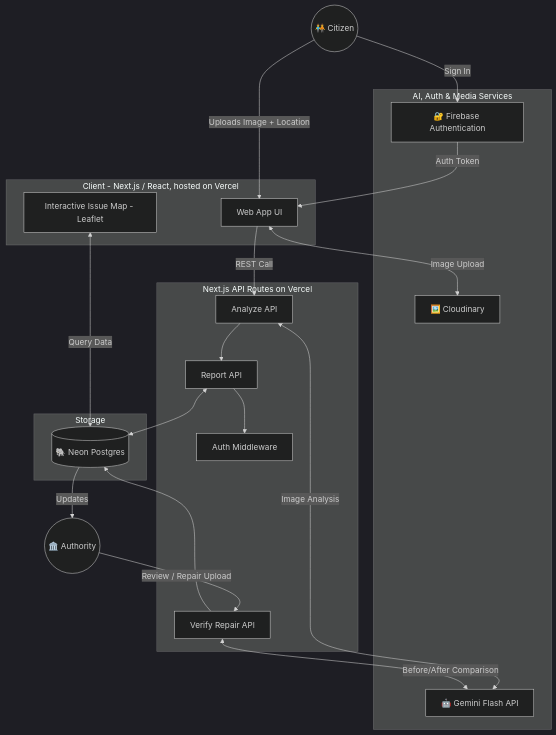
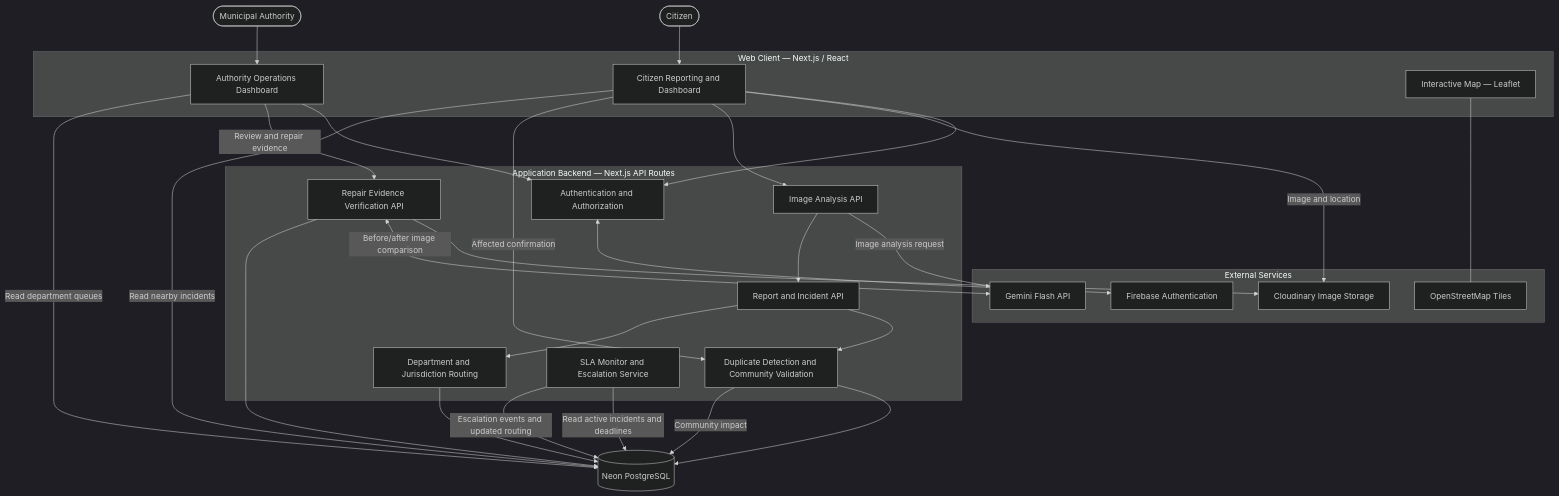
The first of 2 diagrams in README.md (Forge-Buildthon/community-hero), drawn with Mermaid (dark theme) before and after one commit. The commit also changed other lines of this file, not shown here.

````diff
--- a/README.md
+++ b/README.md
@@ -144,49 +108,60 @@
 ```mermaid
-graph TD
-    %% Entities
-    Citizen((🧑‍🤝‍🧑 Citizen))
-    Authority((🏛️ Authority))
+flowchart TB
+    Citizen([Citizen])
+    Authority([Municipal Authority])
 
-    %% Frontend
-    subgraph Frontend [Client - Next.js / React, hosted on Vercel]
-        WebUI[Web App UI]
-        Map[Interactive Issue Map - Leaflet]
+    subgraph Client["Web Client — Next.js / React"]
+        CitizenUI[Citizen Reporting and Dashboard]
+        AuthorityUI[Authority Operations Dashboard]
+        Map[Interactive Map — Leaflet]
     end
 
-    %% Backend
-    subgraph Backend [Next.js API Routes on Vercel]
-        AuthAPI[Auth Middleware]
-        ReportAPI[Report API]
-        AnalyzeAPI[Analyze API]
-        VerifyAPI[Verify Repair API]
+    subgraph API["Application Backend — Next.js API Routes"]
+        Auth[Authentication and Authorization]
+        Analyze[Image Analysis API]
+        Report[Report and Incident API]
+        Duplicate[Duplicate Detection and Community Validation]
+        Routing[Department and Jurisdiction Routing]
+        SLA[SLA Monitor and Escalation Service]
+        Verify[Repair Evidence Verification API]
     end
 
-    %% Google / External Services
-    subgraph Services [AI, Auth & Media Services]
-        Gemini[🤖 Gemini Flash API]
-        FirebaseAuth[🔐 Firebase Authentication]
-        Cloudinary[🖼️ Cloudinary]
+    subgraph External["External Services"]
+        Firebase[Firebase Authentication]
+        Gemini[Gemini Flash API]
+        Cloudinary[Cloudinary Image Storage]
+        OSM[OpenStreetMap Tiles]
     end
 
-    %% Database
-    subgraph Database [Storage]
-        Neon[(🐘 Neon Postgres)]
-    end
+    DB[(Neon PostgreSQL)]
 
-    %% Flow
-    Citizen -->|Sign In| FirebaseAuth
-    FirebaseAuth -->|Auth Token| WebUI
-    Citizen -->|Uploads Image + Location| WebUI
-    WebUI -->|REST Call| AnalyzeAPI
-    AnalyzeAPI <-->|Image Analysis| Gemini
-    AnalyzeAPI --> ReportAPI
-    ReportAPI --> AuthAPI
-    ReportAPI <--> Neon
-    WebUI <-->|Image Upload| Cloudinary
-    Map <-->|Query Data| Neon
+    Citizen --> CitizenUI
+    Authority --> AuthorityUI
+    CitizenUI --> Auth
+    AuthorityUI --> Auth
+    Auth <--> Firebase
 
-    Neon -->|Updates| Authority
-    Authority -->|Review / Repair Upload| VerifyAPI
-    VerifyAPI <-->|Before/After Comparison| Gemini
-    VerifyAPI --> Neon
+    CitizenUI -->|Image and location| Cloudinary
+    CitizenUI --> Analyze
+    Analyze -->|Image analysis request| Gemini
+    Analyze --> Report
+    Report --> Duplicate
+    Duplicate --> DB
+    Report --> Routing
+    Routing --> DB
+
+    CitizenUI -->|Affected confirmation| Duplicate
+    Duplicate -->|Community impact| DB
+
+    AuthorityUI -->|Review and repair evidence| Verify
+    Verify --> Cloudinary
+    Verify <-->|Before/after image comparison| Gemini
+    Verify --> DB
+
+    SLA -->|Read active incidents and deadlines| DB
+    SLA -->|Escalation events and updated routing| DB
+
+    CitizenUI -->|Read nearby incidents| DB
+    AuthorityUI -->|Read department queues| DB
+    Map --- OSM
 ```
````
